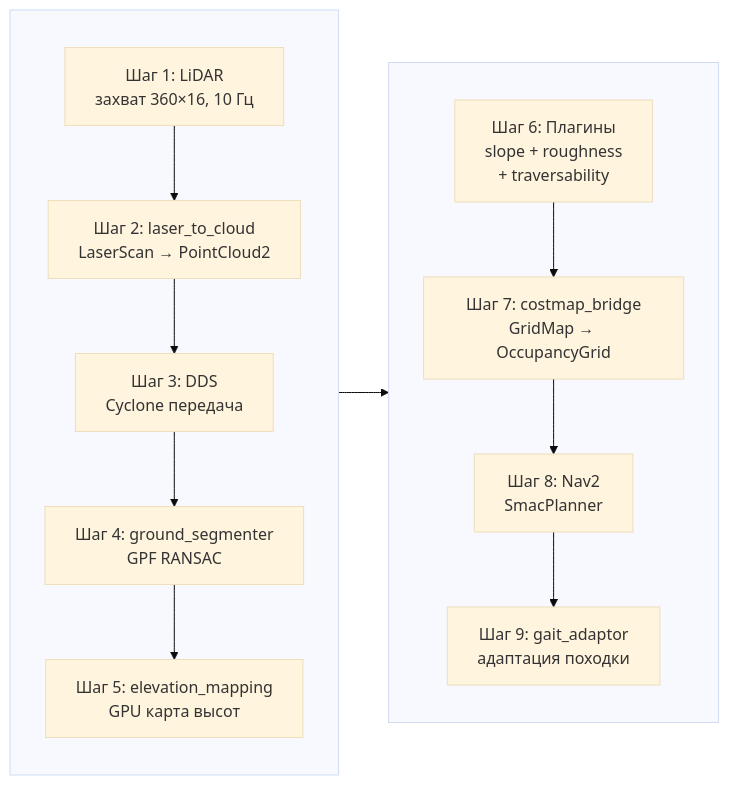
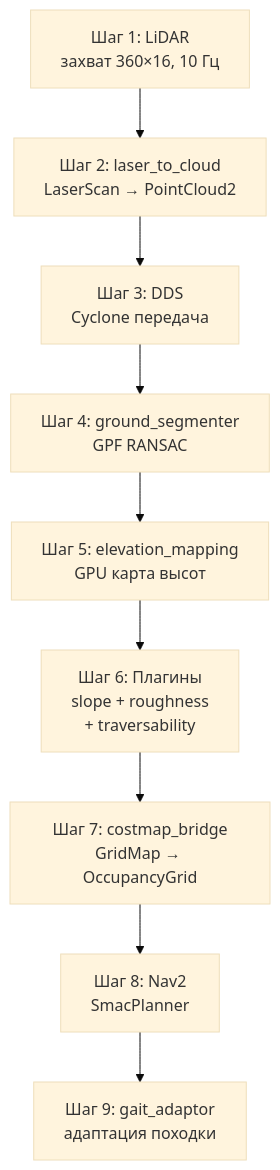
The second of 2 diagrams in docs/NIRS/ch3_02_architecture.md (RedAlexDad/WalkingRobotSim), drawn with Mermaid (base theme) before and after one commit.

Commit message:
fix: единая вертикальная цепочка 9 шагов потока данных

````diff
--- a/docs/NIRS/ch3_02_architecture.md
+++ b/docs/NIRS/ch3_02_architecture.md
@@ -101,21 +101,14 @@
 ```mermaid
-flowchart LR
-    subgraph L[" "]
-        direction TB
-        A["Шаг 1: LiDAR<br/>захват 360×16, 10 Гц"]
-        B["Шаг 2: laser_to_cloud<br/>LaserScan → PointCloud2"]
-        C["Шаг 3: DDS<br/>Cyclone передача"]
-        D["Шаг 4: ground_segmenter<br/>GPF RANSAC"]
-        E["Шаг 5: elevation_mapping<br/>GPU карта высот"]
-        A --> B --> C --> D --> E
-    end
-    subgraph R[" "]
-        direction TB
-        F["Шаг 6: Плагины<br/>slope + roughness<br/>+ traversability"]
-        G["Шаг 7: costmap_bridge<br/>GridMap → OccupancyGrid"]
-        H["Шаг 8: Nav2<br/>SmacPlanner"]
-        I["Шаг 9: gait_adaptor<br/>адаптация походки"]
-        F --> G --> H --> I
-    end
-    E --> F
+flowchart TB
+    A["Шаг 1: LiDAR<br/>захват 360×16, 10 Гц"]
+    B["Шаг 2: laser_to_cloud<br/>LaserScan → PointCloud2"]
+    C["Шаг 3: DDS<br/>Cyclone передача"]
+    D["Шаг 4: ground_segmenter<br/>GPF RANSAC"]
+    E["Шаг 5: elevation_mapping<br/>GPU карта высот"]
+    F["Шаг 6: Плагины<br/>slope + roughness<br/>+ traversability"]
+    G["Шаг 7: costmap_bridge<br/>GridMap → OccupancyGrid"]
+    H["Шаг 8: Nav2<br/>SmacPlanner"]
+    I["Шаг 9: gait_adaptor<br/>адаптация походки"]
+
+    A --> B --> C --> D --> E --> F --> G --> H --> I
 ```
````
